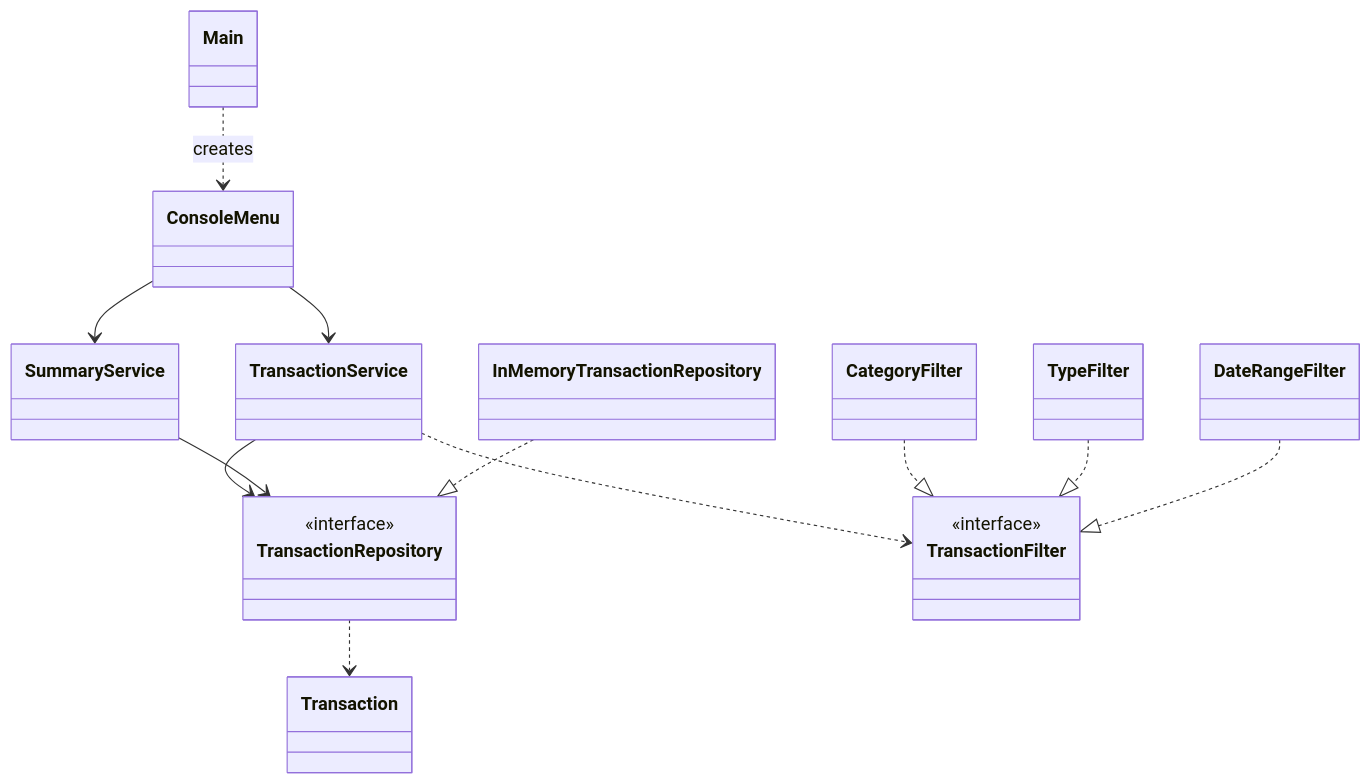
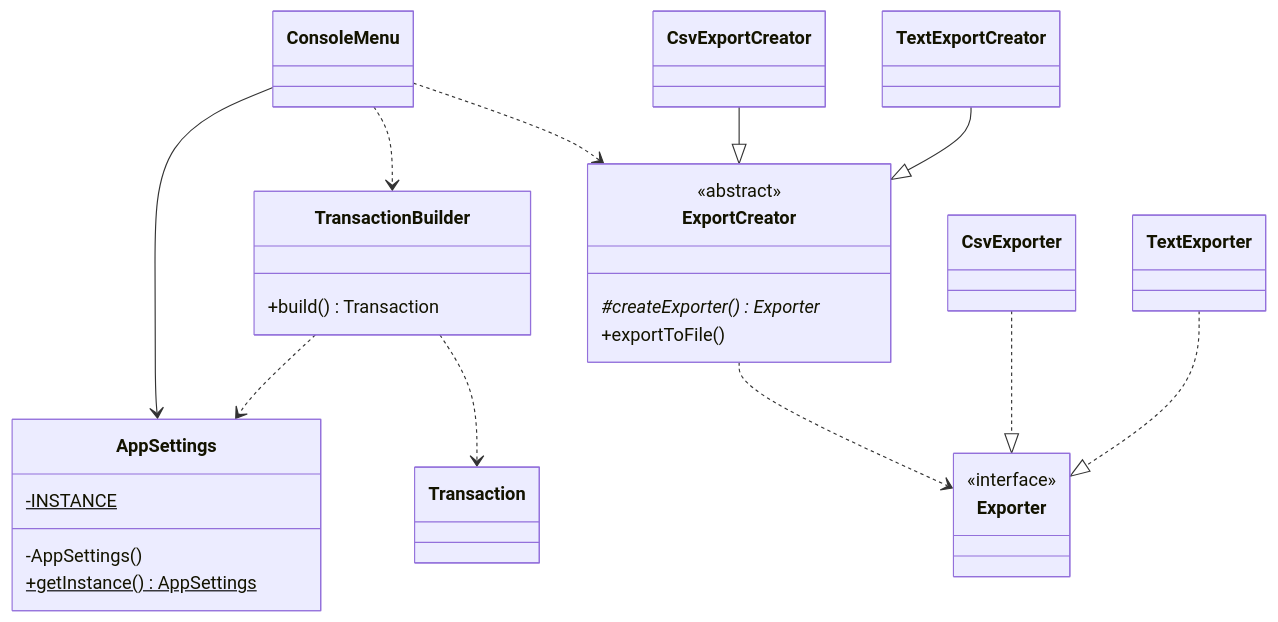
Before and after one commit to kynexi/tmps-labs: the diagram in docs/lab1.md, drawn with Mermaid. The commit also changed other lines of this file and 2 other files, not shown here.

````diff
--- a/docs/lab1.md
+++ b/docs/lab1.md
@@ -215,30 +185,36 @@
 ```mermaid
 classDiagram
-    class Main
     class ConsoleMenu
-    class TransactionService
-    class SummaryService
-    class TransactionRepository {
+    class AppSettings {
+        -INSTANCE$
+        -AppSettings()
+        +getInstance()$ AppSettings
+    }
+    class TransactionBuilder {
+        +build() Transaction
+    }
+    class Transaction
+    class Exporter {
         <<interface>>
     }
-    class InMemoryTransactionRepository
-    class TransactionFilter {
-        <<interface>>
+    class CsvExporter
+    class TextExporter
+    class ExportCreator {
+        <<abstract>>
+        #createExporter()* Exporter
+        +exportToFile()
     }
-    class CategoryFilter
-    class TypeFilter
-    class DateRangeFilter
-    class Transaction
+    class CsvExportCreator
+    class TextExportCreator
 
-    Main ..> ConsoleMenu : creates
-    ConsoleMenu --> TransactionService
-    ConsoleMenu --> SummaryService
-    TransactionService --> TransactionRepository
-    SummaryService --> TransactionRepository
-    TransactionService ..> TransactionFilter
-    InMemoryTransactionRepository ..|> TransactionRepository
-    CategoryFilter ..|> TransactionFilter
-    TypeFilter ..|> TransactionFilter
-    DateRangeFilter ..|> TransactionFilter
-    TransactionRepository ..> Transaction
+    ConsoleMenu --> AppSettings
+    ConsoleMenu ..> TransactionBuilder
+    TransactionBuilder ..> AppSettings
+    TransactionBuilder ..> Transaction
+    ConsoleMenu ..> ExportCreator
+    CsvExportCreator --|> ExportCreator
+    TextExportCreator --|> ExportCreator
+    ExportCreator ..> Exporter
+    CsvExporter ..|> Exporter
+    TextExporter ..|> Exporter
 ```
````
